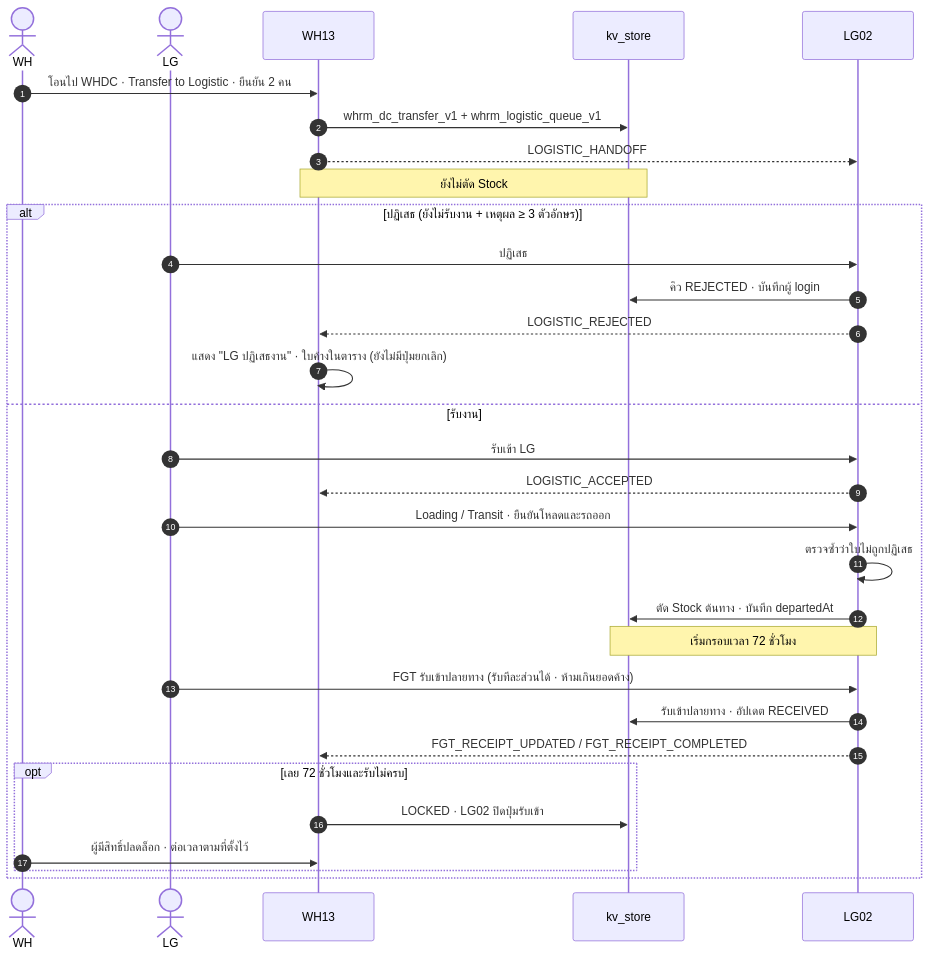
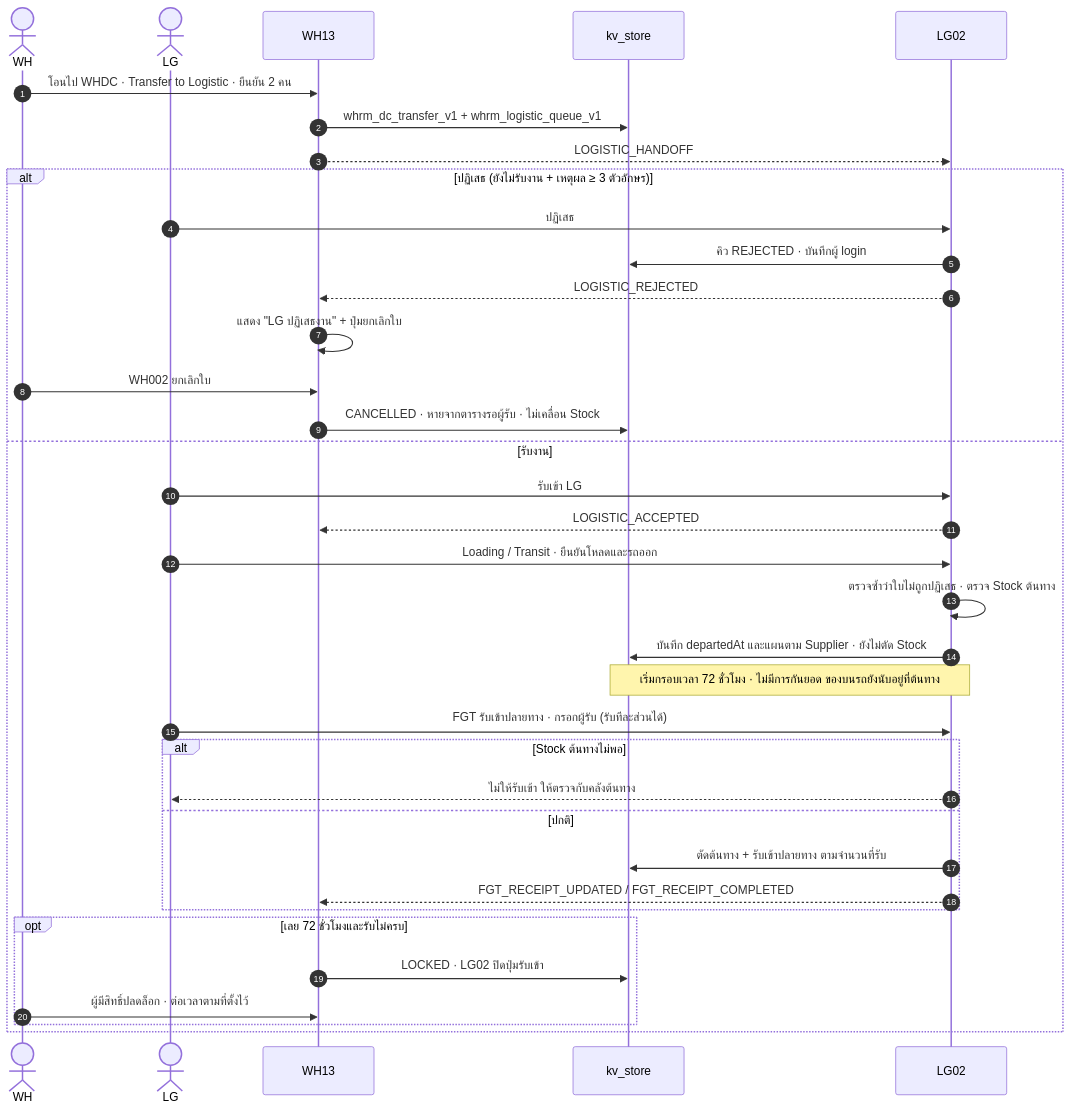
One commit to Aum2010/WHSM-1791103979 changed the eighth of 14 diagrams in docs/01-sequence-diagrams.md. Above: the diagram before and after it, drawn with Mermaid. The commit also changed other lines of this file and 7 other files, not shown here.

First line of the commit message:
Customer decisions 2 Nov: transfer stock cut at receipt, cancel rejected transfers, V4 FGT for logistics

````diff
--- a/docs/01-sequence-diagrams.md
+++ b/docs/01-sequence-diagrams.md
@@ -257,34 +257,39 @@
 ```mermaid
 sequenceDiagram
     autonumber
     actor WH
     actor LG
     participant WH13
     participant KV as kv_store
     participant LG02
 
     WH->>WH13: โอนไป WHDC · Transfer to Logistic · ยืนยัน 2 คน
     WH13->>KV: whrm_dc_transfer_v1 + whrm_logistic_queue_v1
     WH13-->>LG02: LOGISTIC_HANDOFF
-    Note over WH13,KV: ยังไม่ตัด Stock
     alt ปฏิเสธ (ยังไม่รับงาน + เหตุผล ≥ 3 ตัวอักษร)
         LG->>LG02: ปฏิเสธ
         LG02->>KV: คิว REJECTED · บันทึกผู้ login
         LG02-->>WH13: LOGISTIC_REJECTED
-        WH13->>WH13: แสดง "LG ปฏิเสธงาน" · ใบค้างในตาราง (ยังไม่มีปุ่มยกเลิก)
+        WH13->>WH13: แสดง "LG ปฏิเสธงาน" + ปุ่มยกเลิกใบ
+        WH->>WH13: WH002 ยกเลิกใบ
+        WH13->>KV: CANCELLED · หายจากตารางรอผู้รับ · ไม่เคลื่อน Stock
     else รับงาน
         LG->>LG02: รับเข้า LG
         LG02-->>WH13: LOGISTIC_ACCEPTED
         LG->>LG02: Loading / Transit · ยืนยันโหลดและรถออก
-        LG02->>LG02: ตรวจซ้ำว่าใบไม่ถูกปฏิเสธ
-        LG02->>KV: ตัด Stock ต้นทาง · บันทึก departedAt
-        Note over LG02,KV: เริ่มกรอบเวลา 72 ชั่วโมง
-        LG->>LG02: FGT รับเข้าปลายทาง (รับทีละส่วนได้ · ห้ามเกินยอดค้าง)
-        LG02->>KV: รับเข้าปลายทาง · อัปเดต RECEIVED
-        LG02-->>WH13: FGT_RECEIPT_UPDATED / FGT_RECEIPT_COMPLETED
+        LG02->>LG02: ตรวจซ้ำว่าใบไม่ถูกปฏิเสธ · ตรวจ Stock ต้นทาง
+        LG02->>KV: บันทึก departedAt และแผนตาม Supplier · ยังไม่ตัด Stock
+        Note over LG02,KV: เริ่มกรอบเวลา 72 ชั่วโมง · ไม่มีการกันยอด ของบนรถยังนับอยู่ที่ต้นทาง
+        LG->>LG02: FGT รับเข้าปลายทาง · กรอกผู้รับ (รับทีละส่วนได้)
+        alt Stock ต้นทางไม่พอ
+            LG02-->>LG: ไม่ให้รับเข้า ให้ตรวจกับคลังต้นทาง
+        else ปกติ
+            LG02->>KV: ตัดต้นทาง + รับเข้าปลายทาง ตามจำนวนที่รับ
+            LG02-->>WH13: FGT_RECEIPT_UPDATED / FGT_RECEIPT_COMPLETED
+        end
         opt เลย 72 ชั่วโมงและรับไม่ครบ
             WH13->>KV: LOCKED · LG02 ปิดปุ่มรับเข้า
             WH->>WH13: ผู้มีสิทธิ์ปลดล็อก · ต่อเวลาตามที่ตั้งไว้
         end
     end
 ```
````
